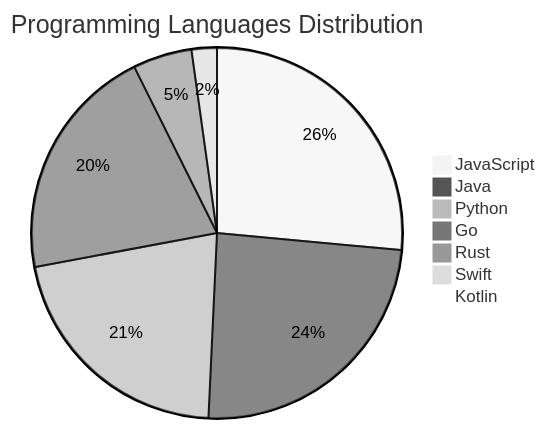
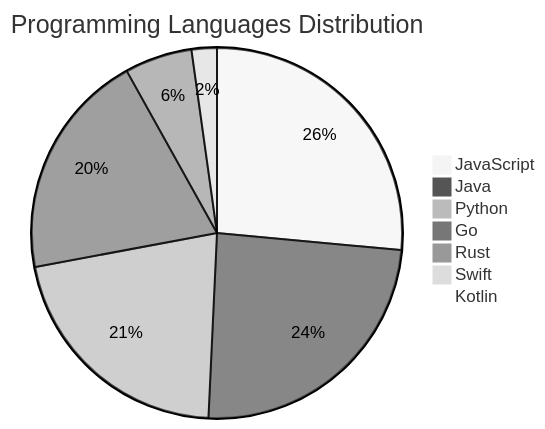
Before and after one commit to Derrick-MUGISHA/github-activity-bot: the diagram in README.md, drawn with Mermaid (neutral theme). The commit also changed other lines of this file and 4 other files, not shown here.

````diff
--- a/README.md
+++ b/README.md
@@ -207,10 +207,10 @@
 ```mermaid
 pie title Programming Languages Distribution
     "JavaScript" : 36
     "Java" : 33
     "Python" : 29
-    "Go" : 28
-    "Rust" : 7
+    "Go" : 27
+    "Rust" : 8
     "Swift" : 3
     "Kotlin" : 1
 ```
````
